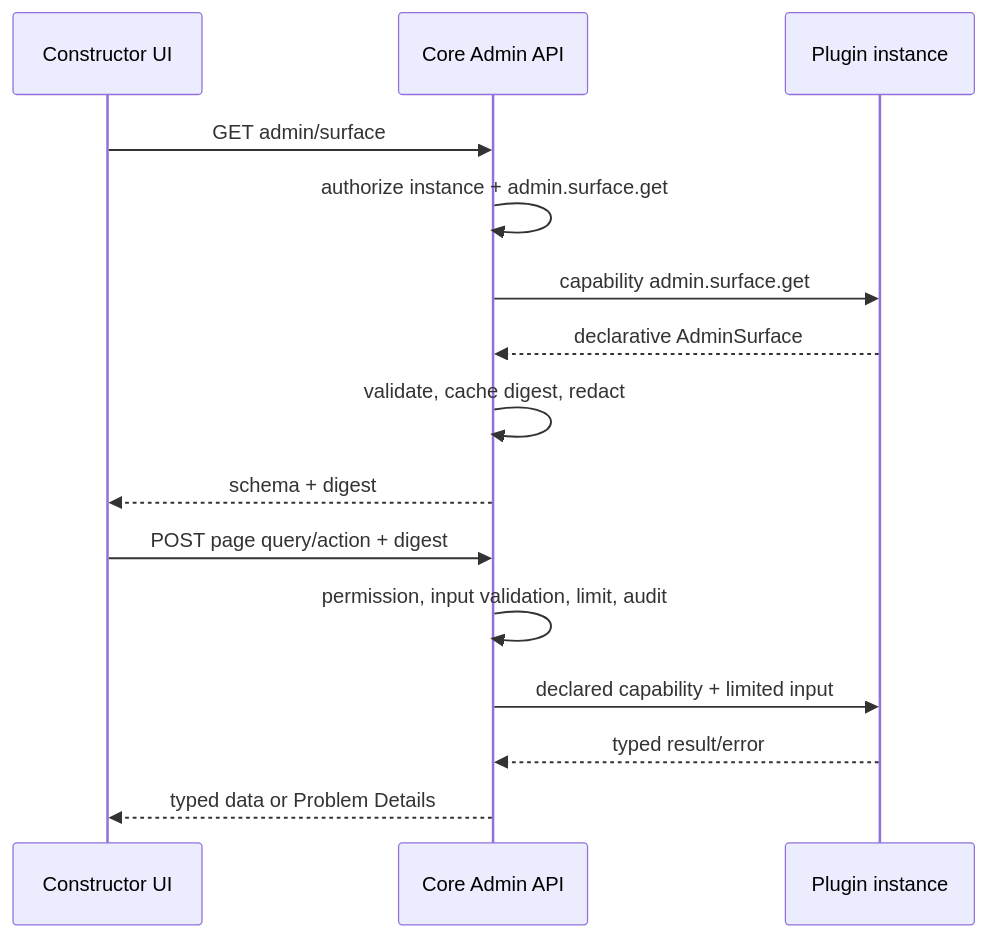
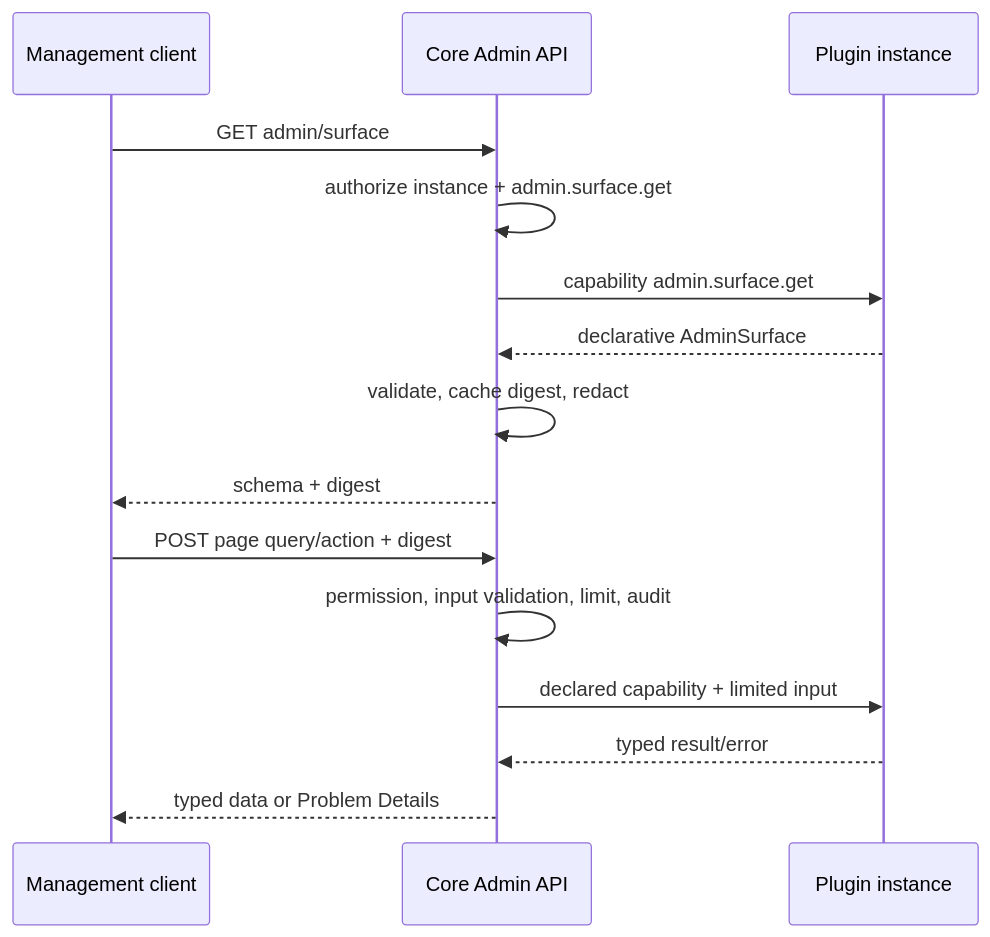
The diagram in docs/site/diagrams/plugin-admin-page-flow.mmd (Liapoldus/plugin-sdk), drawn with Mermaid before and after one commit. The commit also changed 104 other files, not shown here.

```diff
--- a/docs/site/diagrams/plugin-admin-page-flow.mmd
+++ b/docs/site/diagrams/plugin-admin-page-flow.mmd
@@ -1,15 +1,15 @@
 sequenceDiagram
-  participant C as Constructor UI
+  participant C as Management client
   participant G as Core Admin API
   participant P as Plugin instance
   C->>G: GET admin/surface
   G->>G: authorize instance + admin.surface.get
   G->>P: capability admin.surface.get
   P-->>G: declarative AdminSurface
   G->>G: validate, cache digest, redact
   G-->>C: schema + digest
   C->>G: POST page query/action + digest
   G->>G: permission, input validation, limit, audit
   G->>P: declared capability + limited input
   P-->>G: typed result/error
   G-->>C: typed data or Problem Details
```
